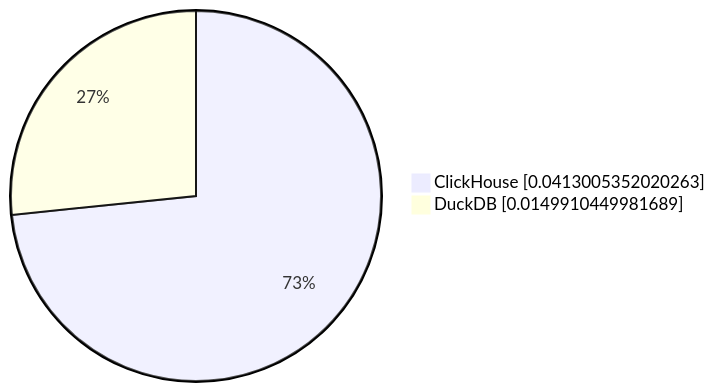
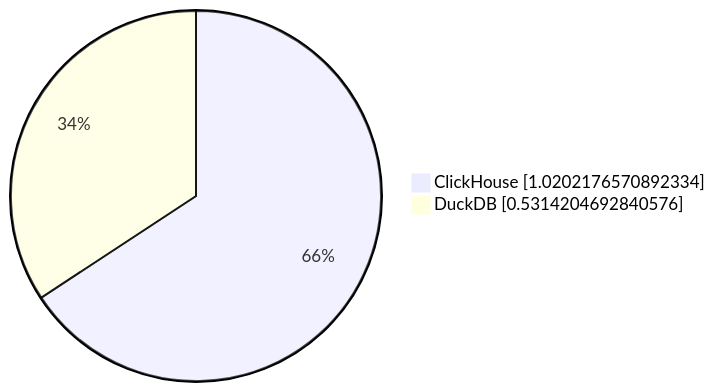
Before and after one commit to Altinity/clickhouse-regression: the fourth of 10 diagrams in parquet/performance/results/README.md, drawn with Mermaid. The commit also changed other lines of this file and 4 other files, not shown here.

````diff
--- a/parquet/performance/results/README.md
+++ b/parquet/performance/results/README.md
@@ -38,5 +40,5 @@
 ```mermaid
      pie showData
-         "ClickHouse" : 0.0413005352020263
-         "DuckDB" : 0.0149910449981689
+         "ClickHouse" : 1.0202176570892334
+         "DuckDB" : 0.5314204692840576
 ```
````
